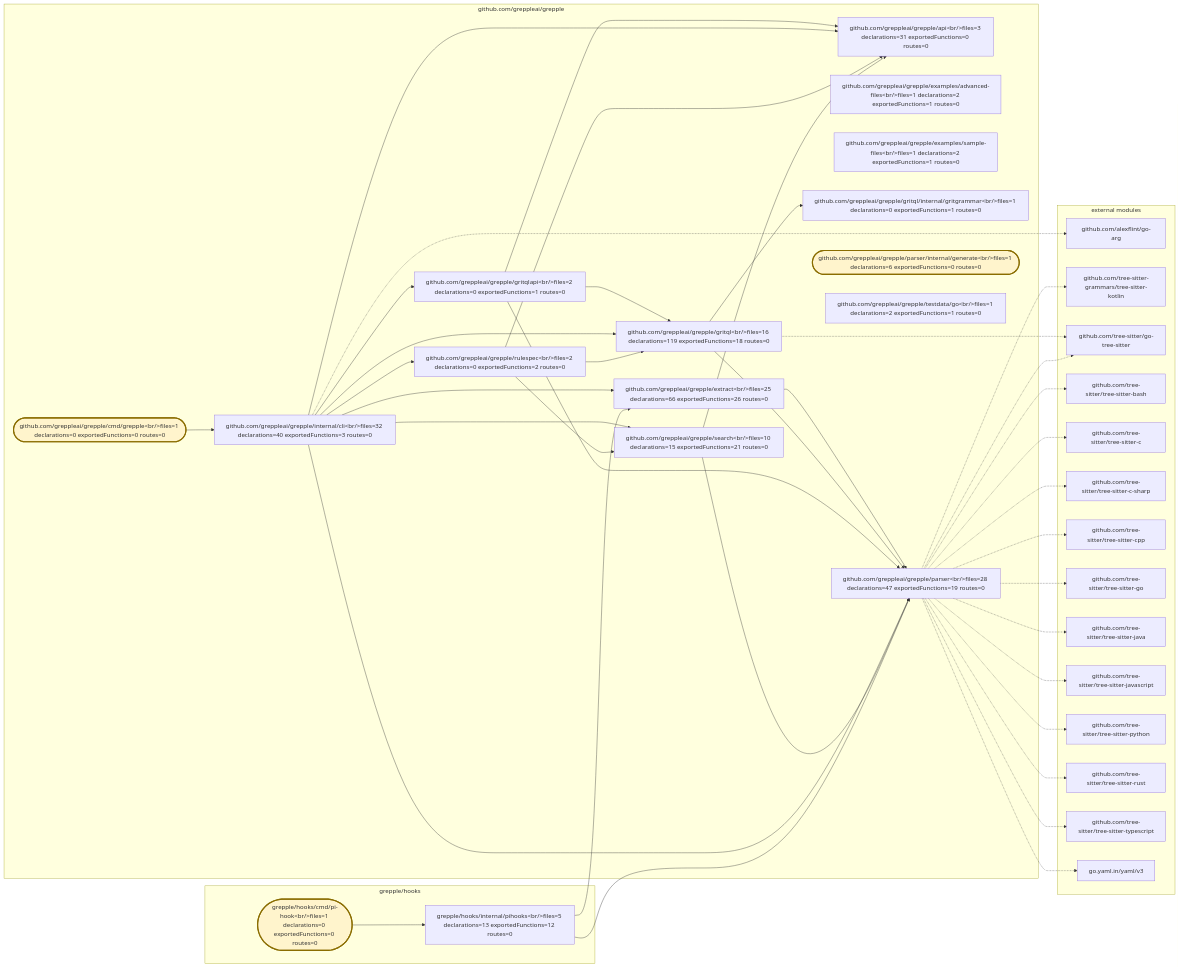
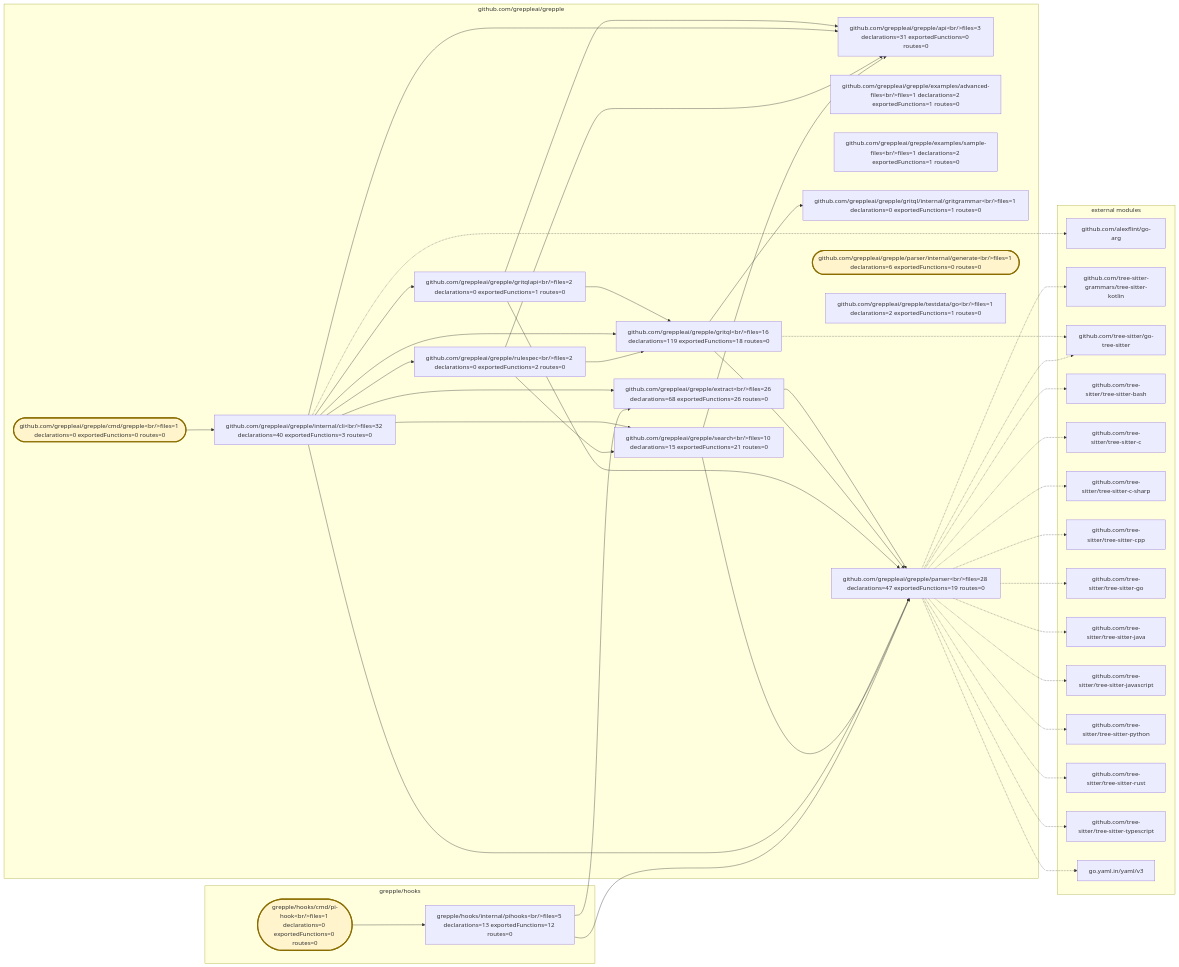
The diagram in .grepple/project.workspace/overview.mmd (greppleai/grepple), drawn with Mermaid before and after one commit. The commit also changed 20 other files, not shown here.

Commit message:
feat: add JVM focused architecture extraction

```diff
--- a/.grepple/project.workspace/overview.mmd
+++ b/.grepple/project.workspace/overview.mmd
@@ -1,78 +1,78 @@
 flowchart LR
     classDef entrypoint fill:#fff4cc,stroke:#8a6d00,stroke-width:3px
     subgraph module_0["github.com/greppleai/grepple"]
         package_0["github.com/greppleai/grepple/api&lt;br/&gt;files=3 declarations=31 exportedFunctions=0 routes=0"]
         package_1(["github.com/greppleai/grepple/cmd/grepple&lt;br/&gt;files=1 declarations=0 exportedFunctions=0 routes=0"])
         class package_1 entrypoint
         package_2["github.com/greppleai/grepple/examples/advanced-files&lt;br/&gt;files=1 declarations=2 exportedFunctions=1 routes=0"]
         package_3["github.com/greppleai/grepple/examples/sample-files&lt;br/&gt;files=1 declarations=2 exportedFunctions=1 routes=0"]
-        package_4["github.com/greppleai/grepple/extract&lt;br/&gt;files=25 declarations=66 exportedFunctions=26 routes=0"]
+        package_4["github.com/greppleai/grepple/extract&lt;br/&gt;files=26 declarations=68 exportedFunctions=26 routes=0"]
         package_5["github.com/greppleai/grepple/gritql&lt;br/&gt;files=16 declarations=119 exportedFunctions=18 routes=0"]
         package_6["github.com/greppleai/grepple/gritql/internal/gritgrammar&lt;br/&gt;files=1 declarations=0 exportedFunctions=1 routes=0"]
         package_7["github.com/greppleai/grepple/gritqlapi&lt;br/&gt;files=2 declarations=0 exportedFunctions=1 routes=0"]
         package_8["github.com/greppleai/grepple/internal/cli&lt;br/&gt;files=32 declarations=40 exportedFunctions=3 routes=0"]
         package_9["github.com/greppleai/grepple/parser&lt;br/&gt;files=28 declarations=47 exportedFunctions=19 routes=0"]
         package_10(["github.com/greppleai/grepple/parser/internal/generate&lt;br/&gt;files=1 declarations=6 exportedFunctions=0 routes=0"])
         class package_10 entrypoint
         package_11["github.com/greppleai/grepple/rulespec&lt;br/&gt;files=2 declarations=0 exportedFunctions=2 routes=0"]
         package_12["github.com/greppleai/grepple/search&lt;br/&gt;files=10 declarations=15 exportedFunctions=21 routes=0"]
         package_13["github.com/greppleai/grepple/testdata/go&lt;br/&gt;files=1 declarations=2 exportedFunctions=1 routes=0"]
     end
     subgraph module_1["grepple/hooks"]
         package_14(["grepple/hooks/cmd/pi-hook&lt;br/&gt;files=1 declarations=0 exportedFunctions=0 routes=0"])
         class package_14 entrypoint
         package_15["grepple/hooks/internal/pihooks&lt;br/&gt;files=5 declarations=13 exportedFunctions=12 routes=0"]
     end
     package_1 --> package_8
     package_4 --> package_9
     package_5 --> package_6
     package_5 --> package_9
     package_7 --> package_0
     package_7 --> package_5
     package_7 --> package_9
     package_8 --> package_0
     package_8 --> package_4
     package_8 --> package_5
     package_8 --> package_7
     package_8 --> package_9
     package_8 --> package_11
     package_8 --> package_12
     package_11 --> package_0
     package_11 --> package_5
     package_11 --> package_12
     package_12 --> package_0
     package_12 --> package_9
     package_14 --> package_15
     package_15 --> package_4
     package_15 --> package_9
     subgraph external_dependencies["external modules"]
         external_0["github.com/alexflint/go-arg"]
         external_1["github.com/tree-sitter-grammars/tree-sitter-kotlin"]
         external_2["github.com/tree-sitter/go-tree-sitter"]
         external_3["github.com/tree-sitter/tree-sitter-bash"]
         external_4["github.com/tree-sitter/tree-sitter-c"]
         external_5["github.com/tree-sitter/tree-sitter-c-sharp"]
         external_6["github.com/tree-sitter/tree-sitter-cpp"]
         external_7["github.com/tree-sitter/tree-sitter-go"]
         external_8["github.com/tree-sitter/tree-sitter-java"]
         external_9["github.com/tree-sitter/tree-sitter-javascript"]
         external_10["github.com/tree-sitter/tree-sitter-python"]
         external_11["github.com/tree-sitter/tree-sitter-rust"]
         external_12["github.com/tree-sitter/tree-sitter-typescript"]
         external_13["go.yaml.in/yaml/v3"]
     end
     package_8 -.-> external_0
     package_9 -.-> external_1
     package_5 -.-> external_2
     package_9 -.-> external_2
     package_9 -.-> external_3
     package_9 -.-> external_4
     package_9 -.-> external_5
     package_9 -.-> external_6
     package_9 -.-> external_7
     package_9 -.-> external_8
     package_9 -.-> external_9
     package_9 -.-> external_10
     package_9 -.-> external_11
     package_9 -.-> external_12
     package_9 -.-> external_13
```
